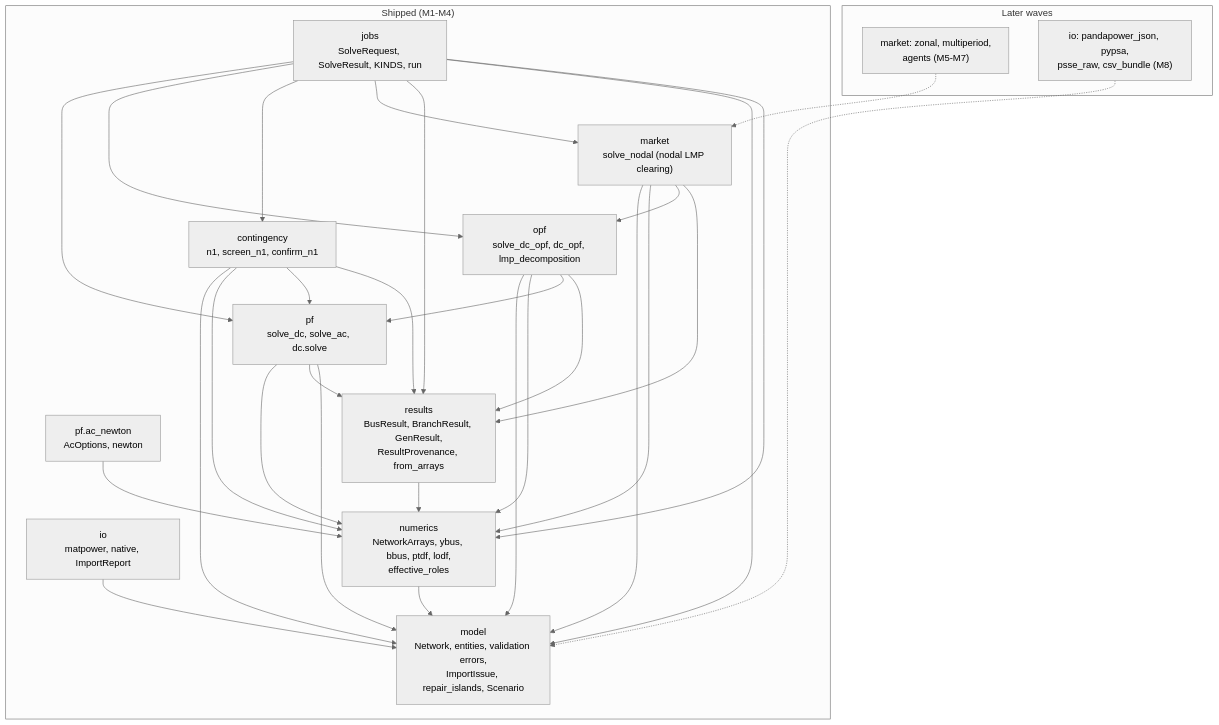
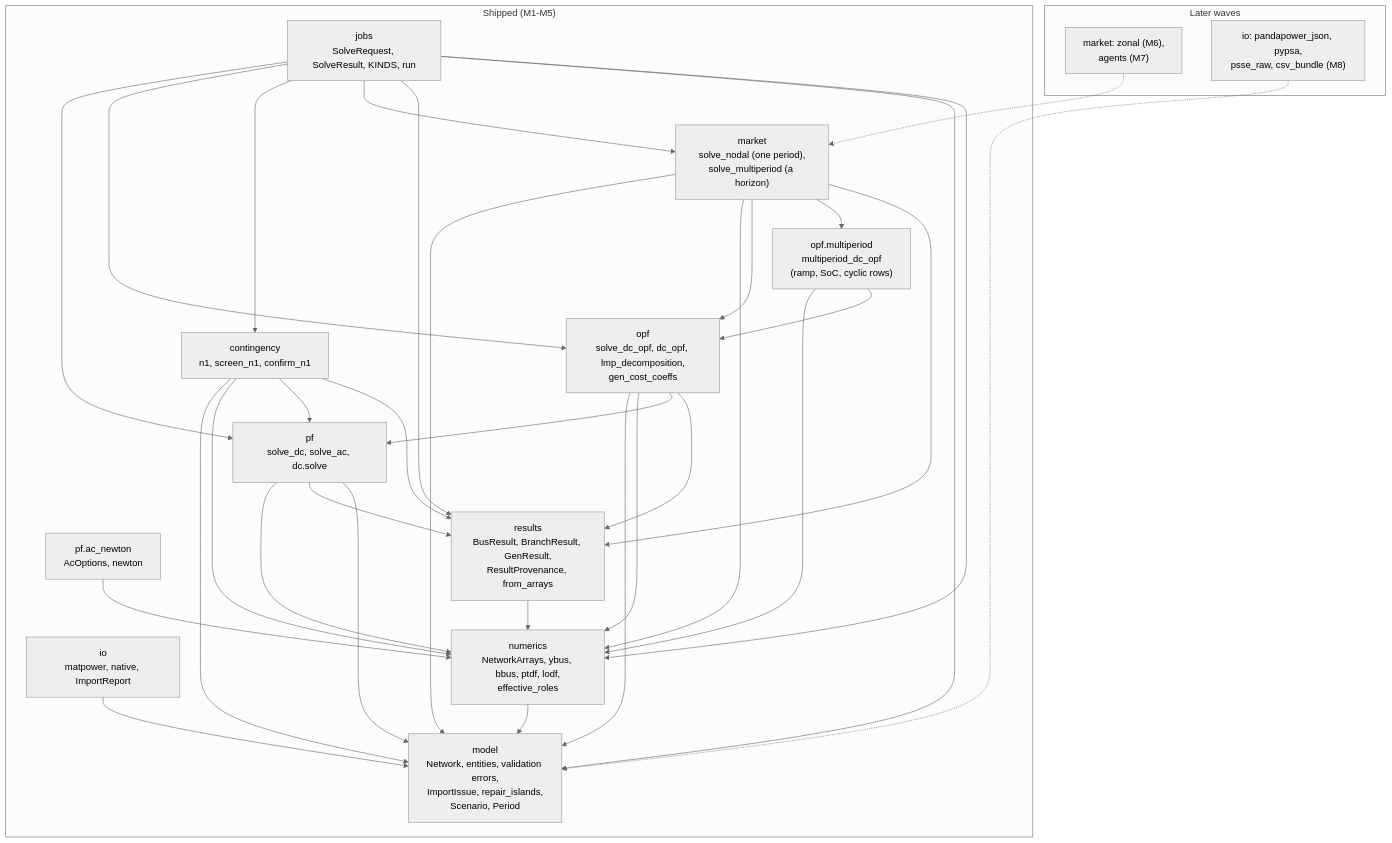
Before and after one commit to mambo10005/mambo-power: the first of 2 diagrams in docs/design/architecture.md, drawn with Mermaid (neutral theme). The commit also changed other lines of this file and 12 other files, not shown here.

First line of the commit message:
docs(m5/S8): multiperiod manual + API pages, architecture, example 10, jobs.md corrections

````diff
--- a/docs/design/architecture.md
+++ b/docs/design/architecture.md
@@ -13,48 +13,52 @@
 ```mermaid
 flowchart TB
-    subgraph present["Shipped (M1-M4)"]
-        model["model<br/>Network, entities, validation errors,<br/>ImportIssue, repair_islands, Scenario"]
+    subgraph present["Shipped (M1-M5)"]
+        model["model<br/>Network, entities, validation errors,<br/>ImportIssue, repair_islands,<br/>Scenario, Period"]
         io["io<br/>matpower, native, ImportReport"]
         numerics["numerics<br/>NetworkArrays, ybus, bbus, ptdf, lodf,<br/>effective_roles"]
         pf["pf<br/>solve_dc, solve_ac, dc.solve"]
         ac["pf.ac_newton<br/>AcOptions, newton"]
-        opf["opf<br/>solve_dc_opf, dc_opf, lmp_decomposition"]
+        opf["opf<br/>solve_dc_opf, dc_opf, lmp_decomposition,<br/>gen_cost_coeffs"]
+        opfmp["opf.multiperiod<br/>multiperiod_dc_opf<br/>(ramp, SoC, cyclic rows)"]
         contingency["contingency<br/>n1, screen_n1, confirm_n1"]
-        market["market<br/>solve_nodal (nodal LMP clearing)"]
+        market["market<br/>solve_nodal (one period),<br/>solve_multiperiod (a horizon)"]
         results["results<br/>BusResult, BranchResult, GenResult,<br/>ResultProvenance, from_arrays"]
         jobs["jobs<br/>SolveRequest, SolveResult, KINDS, run"]
     end
     subgraph later["Later waves"]
-        marketlater["market: zonal, multiperiod,<br/>agents (M5-M7)"]
+        marketlater["market: zonal (M6),<br/>agents (M7)"]
         formats["io: pandapower_json, pypsa,<br/>psse_raw, csv_bundle (M8)"]
     end
 
     io --> model
     numerics --> model
     pf --> numerics
     pf --> results
     pf --> model
     results --> numerics
     ac --> numerics
     opf --> model
     opf --> numerics
     opf --> pf
     opf --> results
     contingency --> model
     contingency --> numerics
     contingency --> pf
     contingency --> results
     market --> model
     market --> numerics
     market --> opf
+    market --> opfmp
     market --> results
+    opfmp --> numerics
+    opfmp --> opf
     jobs --> pf
     jobs --> opf
     jobs --> contingency
     jobs --> market
     jobs --> results
     jobs --> model
     jobs --> numerics
     marketlater -.-> market
     formats -.-> model
 ```
````
